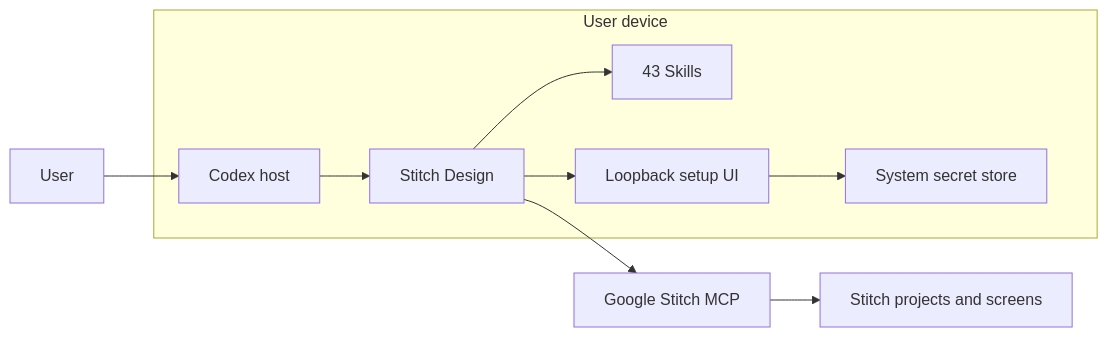
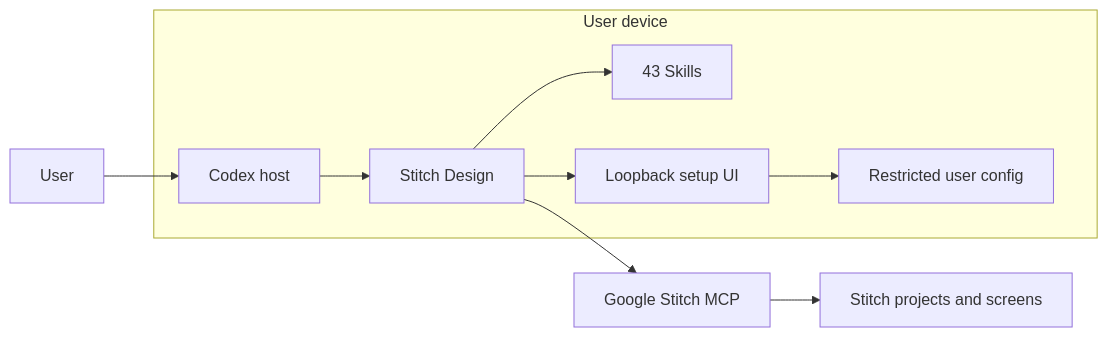
One commit to full-stack-plugins/stitch-design-plugin changed the second of 11 diagrams in docs/Stitch-Design-Architecture.md. Above: the diagram before and after it, drawn with Mermaid. The commit also changed 11 other files, not shown here.

````diff
--- a/docs/Stitch-Design-Architecture.md
+++ b/docs/Stitch-Design-Architecture.md
@@ -41,17 +41,17 @@
 ```mermaid
 flowchart LR
     User["User"] --> Codex["Codex host"]
     Codex --> Plugin["Stitch Design"]
     Plugin --> Skills["43 Skills"]
     Plugin --> Setup["Loopback setup UI"]
     Plugin --> MCP["Google Stitch MCP"]
-    Setup --> Config["System secret store"]
+    Setup --> Config["Restricted user config"]
     MCP --> Stitch["Stitch projects and screens"]
     subgraph Local["User device"]
       Codex
       Plugin
       Skills
       Setup
       Config
     end
 ```
````
